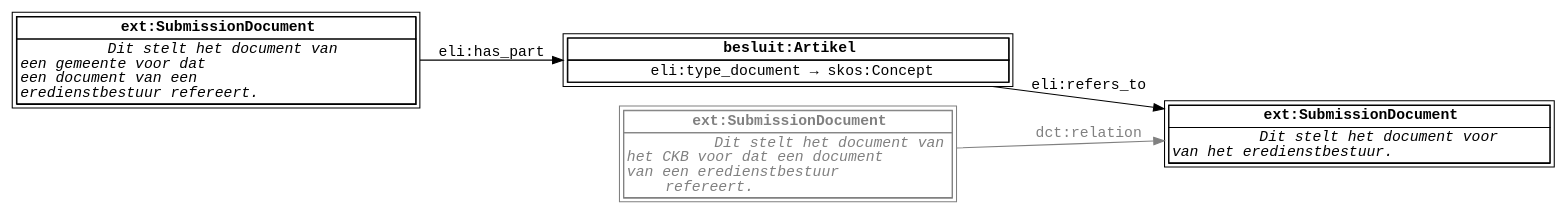
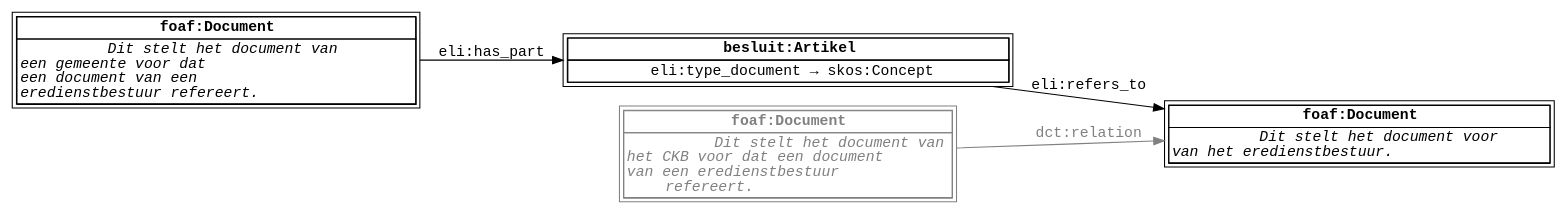
One commit to lblod/pages-vendors changed the diagram in DiagramsSource/refereren-als-gemeente.dot. Above: the diagram before and after it, drawn with Graphviz. The commit also changed 4 other files, not shown here.

First line of the commit message:
Change ext:SubmissionDocument to foaf:Document

```diff
--- a/DiagramsSource/refereren-als-gemeente.dot
+++ b/DiagramsSource/refereren-als-gemeente.dot
@@ -1,71 +1,71 @@
 digraph ReferencingAsCKBModel {
   node [shape="box", peripheries=2, margin=0, fontname="Monospace"];
   edge [fontname="Monospace"];
   rankdir="LR";
 
   SubmissionDocumentGemeente [label=<
     <table border="0" cellspacing="0" cellborder="1">
       <tr>
-        <td><b>ext:SubmissionDocument</b></td>
+        <td><b>foaf:Document</b></td>
       </tr>
       <tr>
         <td>
           <i>Dit stelt het document van <br align="left" />
 een gemeente voor dat <br align="left" />
 een document van een <br align="left" />
 eredienstbestuur refereert.
           </i>
         </td>
       </tr>
     </table>
   >];
 
   Artikel [label=<
     <table border="0" cellspacing="0" cellborder="1">
       <tr>
         <td><b>besluit:Artikel</b></td>
       </tr>
       <tr>
         <td balign="left">
           eli:type_document → skos:Concept
         </td>
       </tr>
     </table>
   >];
 
   SubmissionDocumentCKB [color=grey fontcolor=grey label=<
     <table border="0" cellspacing="0" cellborder="1">
       <tr>
-        <td><b>ext:SubmissionDocument</b></td>
+        <td><b>foaf:Document</b></td>
       </tr>
       <tr>
         <td>
           <i>Dit stelt het document van <br align="left" />
 het CKB voor dat een document <br align="left" />
 van een eredienstbestuur <br align="left" />
 refereert.
           </i>
         </td>
       </tr>
     </table>
   >];
 
   SubmissionDocumentEB [label=<
     <table border="0" cellspacing="0" cellborder="1">
       <tr>
-        <td><b>ext:SubmissionDocument</b></td>
+        <td><b>foaf:Document</b></td>
       </tr>
       <tr>
         <td>
           <i>Dit stelt het document voor <br align="left" />
 van het eredienstbestuur.
           </i>
         </td>
       </tr>
     </table>
   >];
 
   SubmissionDocumentGemeente -> Artikel [label="eli:has_part"];
   Artikel -> SubmissionDocumentEB [label="eli:refers_to"];
   SubmissionDocumentCKB -> SubmissionDocumentEB [color=grey fontcolor=grey label="dct:relation"];
 }
```
